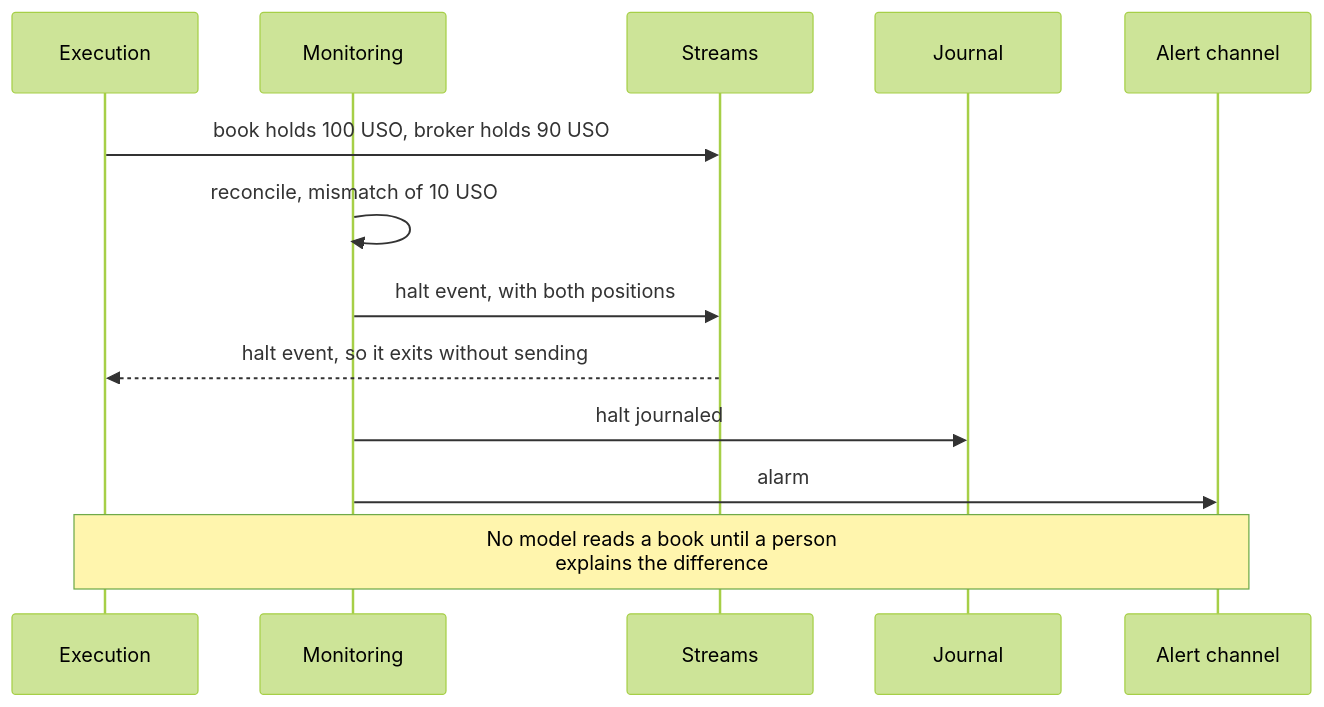
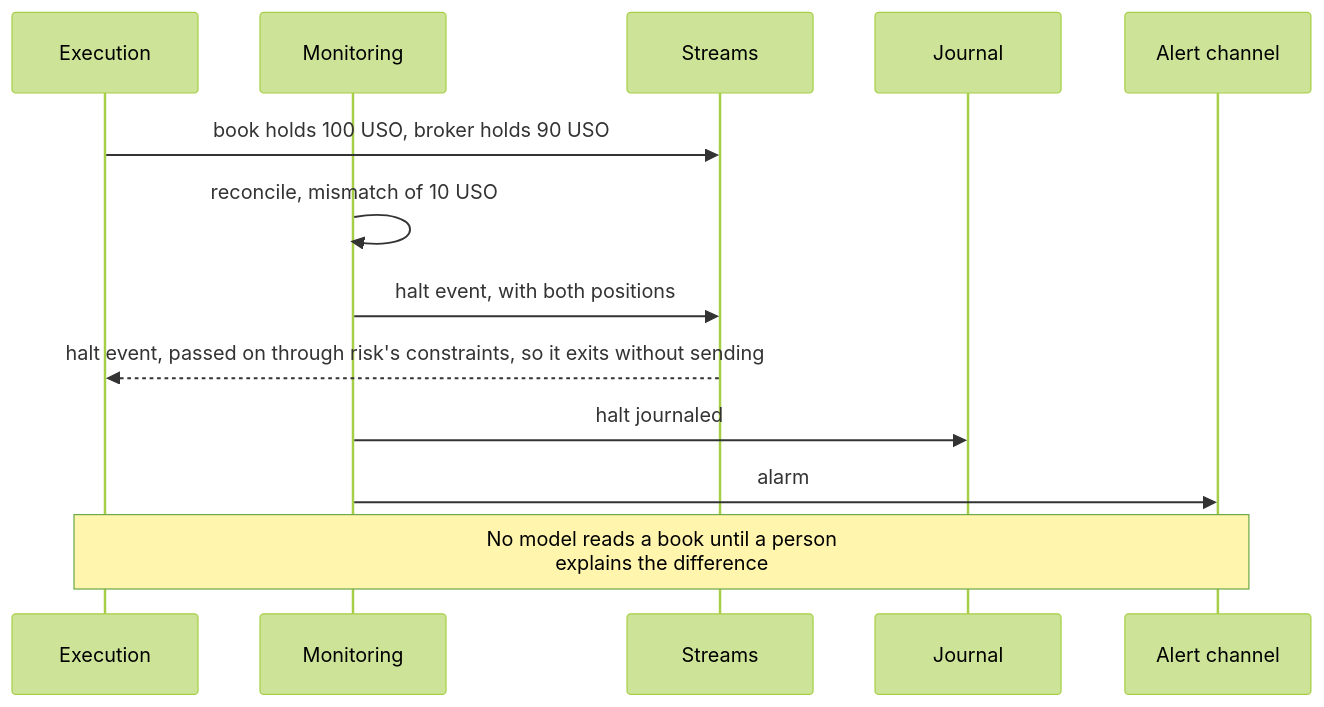
Before and after one commit to l3a0/ithildin-runtime: the eighth of 16 diagrams in docs/architecture.md, drawn with Mermaid (forest theme). The commit also changed other lines of this file and 2 other files, not shown here.

````diff
--- a/docs/architecture.md
+++ b/docs/architecture.md
@@ -704,16 +712,16 @@
 ```mermaid
 sequenceDiagram
     participant X as Execution
     participant M as Monitoring
     participant F as Streams
     participant J as Journal
     participant L as Alert channel
 
     X->>F: book holds 100 USO, broker holds 90 USO
     M->>M: reconcile, mismatch of 10 USO
     M->>F: halt event, with both positions
-    F-->>X: halt event, so it exits without sending
+    F-->>X: halt event, passed on through risk's constraints, so it exits without sending
     M->>J: halt journaled
     M->>L: alarm
     Note over X,L: No model reads a book until a person<br/>explains the difference
 ```
````
